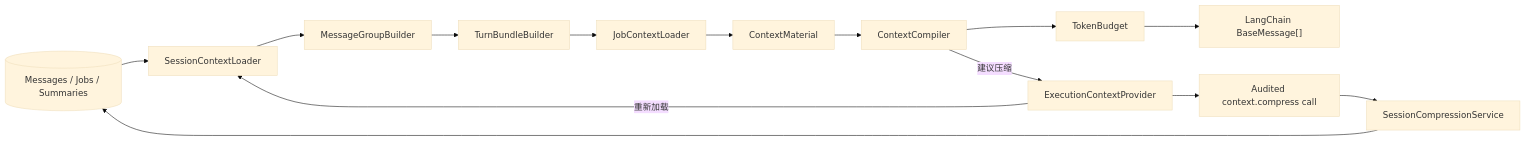
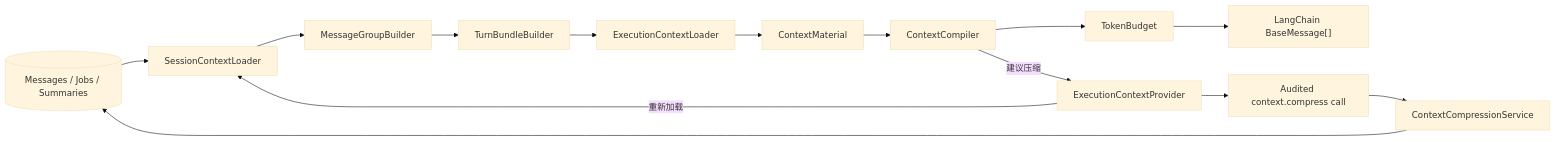
Before and after one commit to lucyonegit/agent-runtime-v2: the tenth of 13 diagrams in docs/00-current-runtime-full-chain.md, drawn with Mermaid (base theme). The commit also changed other lines of this file and 35 other files, not shown here.

First line of the commit message:
Refactor context handling and compression logic

```diff
--- a/docs/00-current-runtime-full-chain.md
+++ b/docs/00-current-runtime-full-chain.md
@@ -885,17 +885,17 @@
 ~~~mermaid
 flowchart LR
     DB[("Messages / Jobs / Summaries")] --> SCL["SessionContextLoader"]
     SCL --> MGB["MessageGroupBuilder"]
     MGB --> TB["TurnBundleBuilder"]
-    TB --> JCL["JobContextLoader"]
+    TB --> JCL["ExecutionContextLoader"]
     JCL --> MAT["ContextMaterial"]
     MAT --> CC["ContextCompiler"]
     CC --> BUD["TokenBudget"]
     BUD --> LC["LangChain BaseMessage[]"]
 
     CC -->|"建议压缩"| CP["ExecutionContextProvider"]
     CP --> CM["Audited context.compress call"]
-    CM --> SCS["SessionCompressionService"]
+    CM --> SCS["ContextCompressionService"]
     SCS --> DB
     CP -->|"重新加载"| SCL
 ~~~
```
